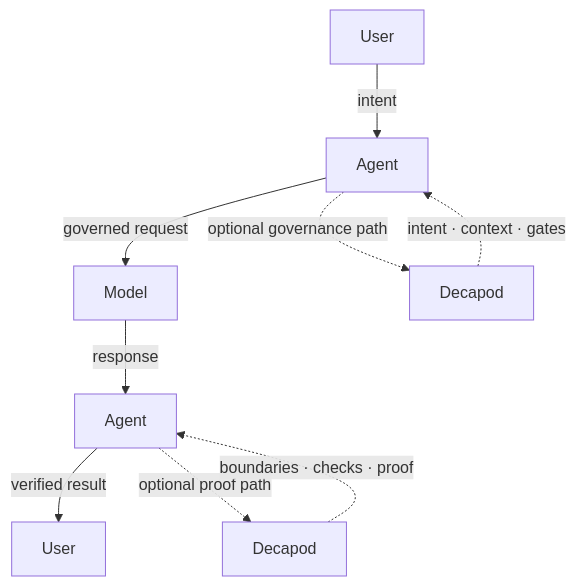
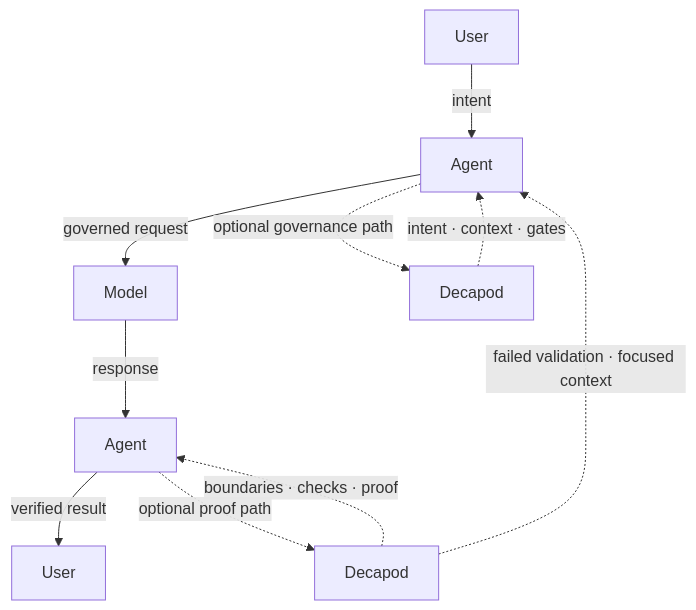
The diagram in README.md (wizzense/decapod), drawn with Mermaid before and after one commit.

Commit message:
docs: show validation failure loop in README

````diff
--- a/README.md
+++ b/README.md
@@ -46,21 +46,22 @@
 ```mermaid
 flowchart TD
     UserIn["User"]
     AgentPre["Agent"]
     Model["Model"]
     AgentPost["Agent"]
     UserOut["User"]
     DecapodPre["Decapod"]
     DecapodPost["Decapod"]
 
     UserIn -->|"intent"| AgentPre
     AgentPre -->|"governed request"| Model
     Model -->|"response"| AgentPost
     AgentPost -->|"verified result"| UserOut
 
     AgentPre -. "optional governance path" .-> DecapodPre
     DecapodPre -. "intent · context · gates" .-> AgentPre
 
     AgentPost -. "optional proof path" .-> DecapodPost
     DecapodPost -. "boundaries · checks · proof" .-> AgentPost
+    DecapodPost -. "failed validation · focused context" .-> AgentPre
 ```
````
